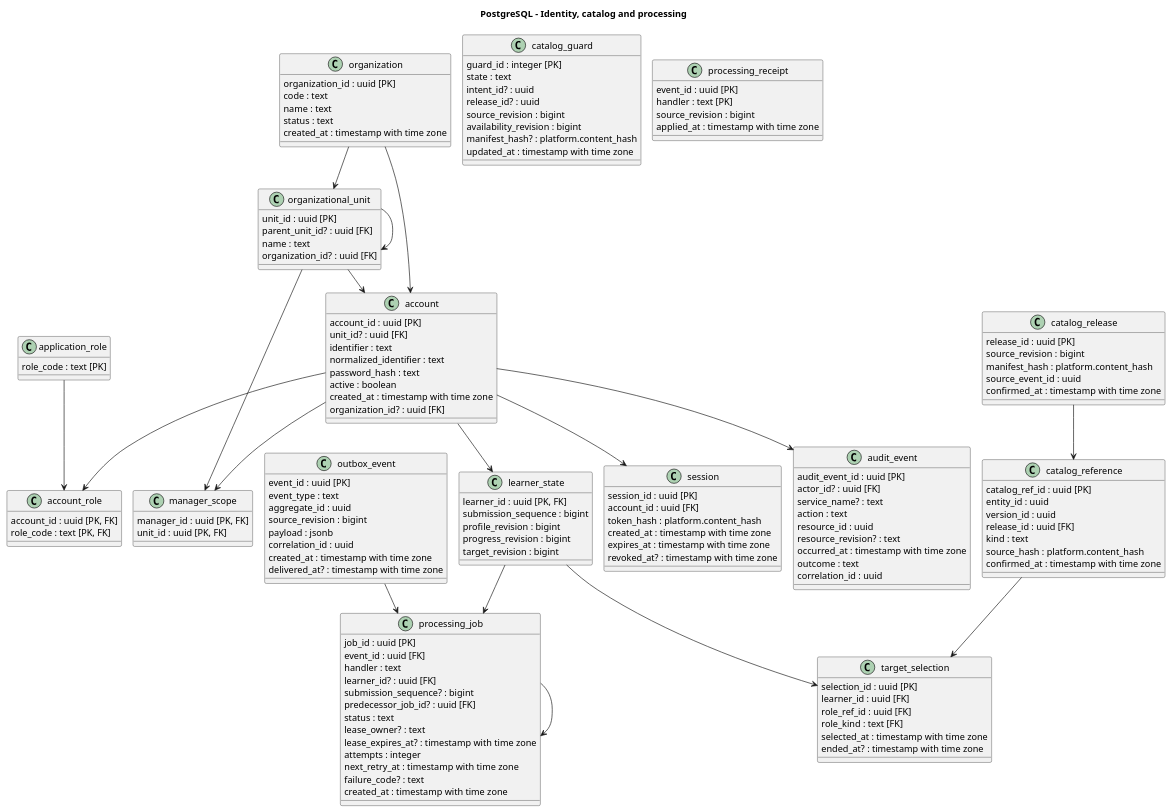
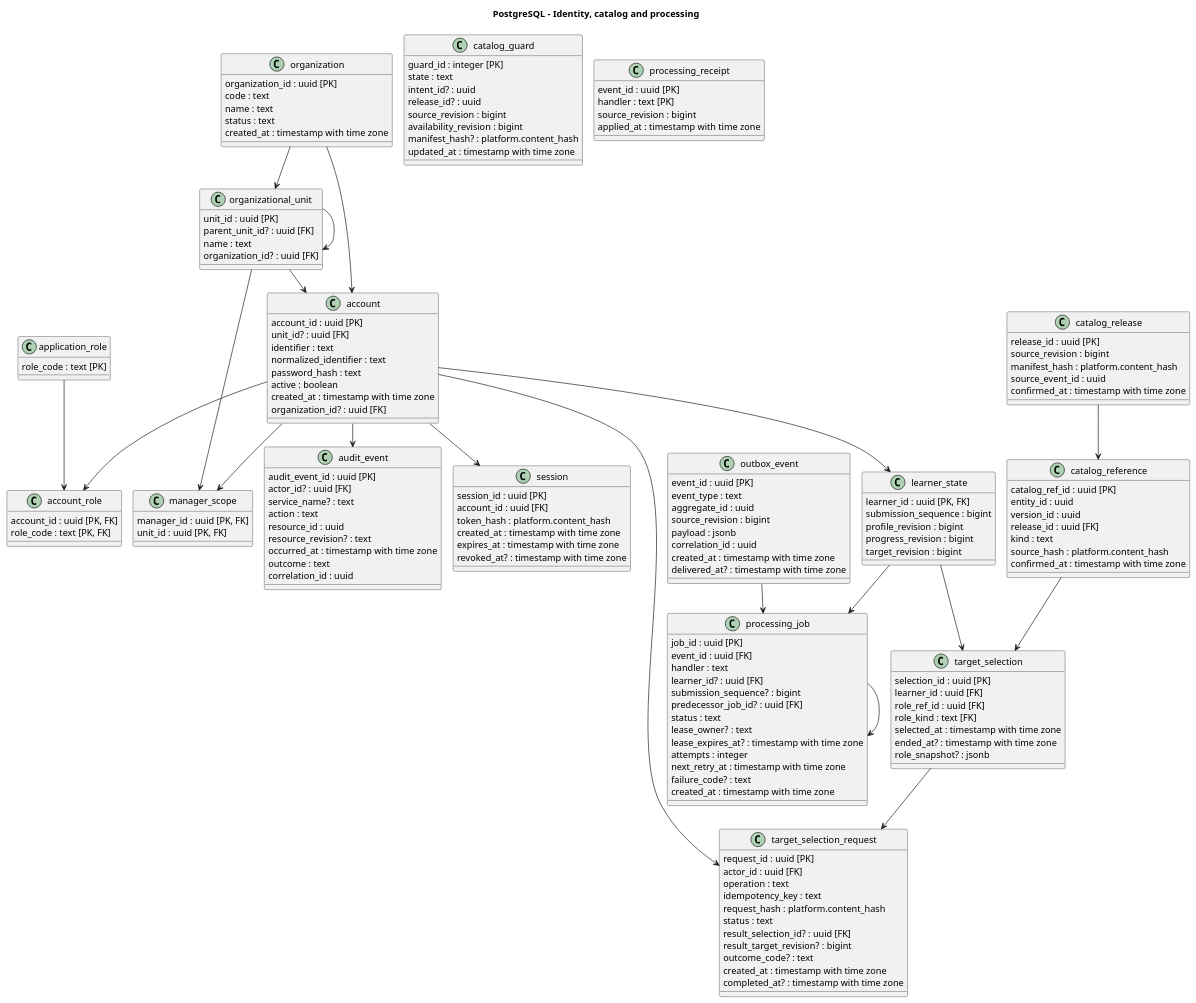
The diagram in documents/diagrams/postgresql.puml (SEP490-Fall-2026-GFA26SE64/SEP490), drawn with PlantUML before and after one commit. The commit also changed 12 other files, not shown here.

Commit message:
feat: define target role selection persistence contract

```diff
--- a/documents/diagrams/postgresql.puml
+++ b/documents/diagrams/postgresql.puml
@@ -1,148 +1,164 @@
 @startuml
 !pragma layout smetana
 top to bottom direction
 skinparam shadowing false
 title PostgreSQL - Identity, catalog and processing
 class organization {
     organization_id : uuid [PK]
     code : text
     name : text
     status : text
     created_at : timestamp with time zone
 }
 class organizational_unit {
     unit_id : uuid [PK]
     parent_unit_id? : uuid [FK]
     name : text
     organization_id? : uuid [FK]
 }
 class account {
     account_id : uuid [PK]
     unit_id? : uuid [FK]
     identifier : text
     normalized_identifier : text
     password_hash : text
     active : boolean
     created_at : timestamp with time zone
     organization_id? : uuid [FK]
 }
 class application_role {
     role_code : text [PK]
 }
 class account_role {
     account_id : uuid [PK, FK]
     role_code : text [PK, FK]
 }
 class manager_scope {
     manager_id : uuid [PK, FK]
     unit_id : uuid [PK, FK]
 }
 class session {
     session_id : uuid [PK]
     account_id : uuid [FK]
     token_hash : platform.content_hash
     created_at : timestamp with time zone
     expires_at : timestamp with time zone
     revoked_at? : timestamp with time zone
 }
 class learner_state {
     learner_id : uuid [PK, FK]
     submission_sequence : bigint
     profile_revision : bigint
     progress_revision : bigint
     target_revision : bigint
 }
 class catalog_guard {
     guard_id : integer [PK]
     state : text
     intent_id? : uuid
     release_id? : uuid
     source_revision : bigint
     availability_revision : bigint
     manifest_hash? : platform.content_hash
     updated_at : timestamp with time zone
 }
 class catalog_release {
     release_id : uuid [PK]
     source_revision : bigint
     manifest_hash : platform.content_hash
     source_event_id : uuid
     confirmed_at : timestamp with time zone
 }
 class catalog_reference {
     catalog_ref_id : uuid [PK]
     entity_id : uuid
     version_id : uuid
     release_id : uuid [FK]
     kind : text
     source_hash : platform.content_hash
     confirmed_at : timestamp with time zone
 }
 class target_selection {
     selection_id : uuid [PK]
     learner_id : uuid [FK]
     role_ref_id : uuid [FK]
     role_kind : text [FK]
     selected_at : timestamp with time zone
     ended_at? : timestamp with time zone
+    role_snapshot? : jsonb
+}
+class target_selection_request {
+    request_id : uuid [PK]
+    actor_id : uuid [FK]
+    operation : text
+    idempotency_key : text
+    request_hash : platform.content_hash
+    status : text
+    result_selection_id? : uuid [FK]
+    result_target_revision? : bigint
+    outcome_code? : text
+    created_at : timestamp with time zone
+    completed_at? : timestamp with time zone
 }
 class outbox_event {
     event_id : uuid [PK]
     event_type : text
     aggregate_id : uuid
     source_revision : bigint
     payload : jsonb
     correlation_id : uuid
     created_at : timestamp with time zone
     delivered_at? : timestamp with time zone
 }
 class processing_job {
     job_id : uuid [PK]
     event_id : uuid [FK]
     handler : text
     learner_id? : uuid [FK]
     submission_sequence? : bigint
     predecessor_job_id? : uuid [FK]
     status : text
     lease_owner? : text
     lease_expires_at? : timestamp with time zone
     attempts : integer
     next_retry_at : timestamp with time zone
     failure_code? : text
     created_at : timestamp with time zone
 }
 class processing_receipt {
     event_id : uuid [PK]
     handler : text [PK]
     source_revision : bigint
     applied_at : timestamp with time zone
 }
 class audit_event {
     audit_event_id : uuid [PK]
     actor_id? : uuid [FK]
     service_name? : text
     action : text
     resource_id : uuid
     resource_revision? : text
     occurred_at : timestamp with time zone
     outcome : text
     correlation_id : uuid
 }
 account --> account_role
 account --> audit_event
 account --> learner_state
 account --> manager_scope
 account --> session
+account --> target_selection_request
 application_role --> account_role
 catalog_reference --> target_selection
 catalog_release --> catalog_reference
 learner_state --> processing_job
 learner_state --> target_selection
 organization --> account
 organization --> organizational_unit
 organizational_unit --> account
 organizational_unit --> manager_scope
 organizational_unit --> organizational_unit
 outbox_event --> processing_job
 processing_job --> processing_job
+target_selection --> target_selection_request
 @enduml
```
